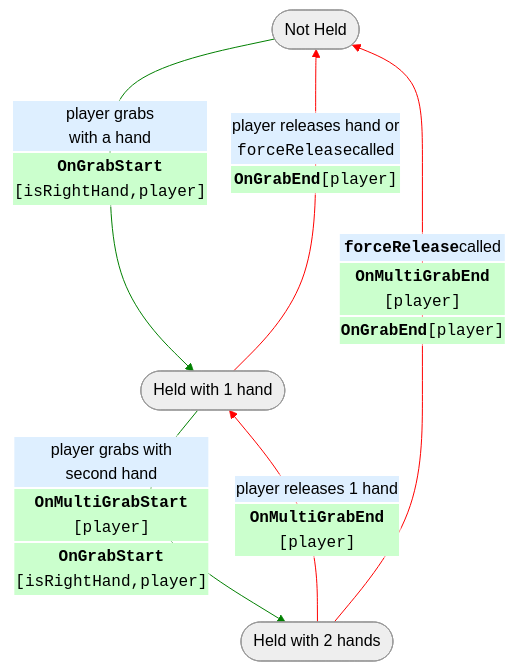
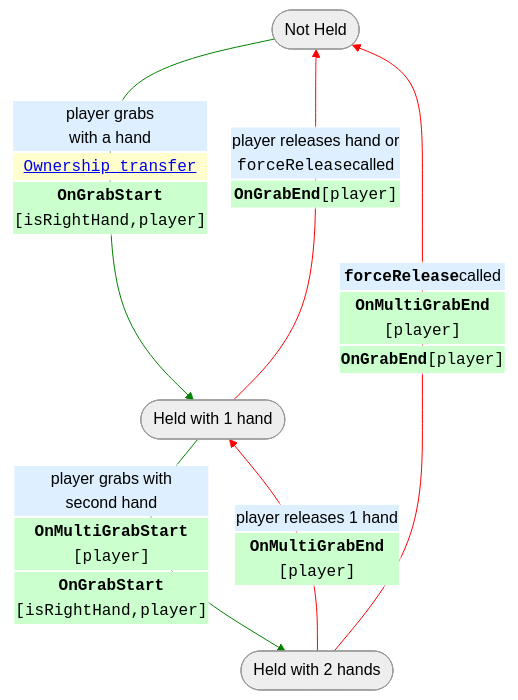
One commit to MHCPCreators/horizonCreatorManual changed the seventh of 8 diagrams in HorizonTechnicalDoc.md. Above: the diagram before and after it, drawn with Mermaid (neutral theme). The commit also changed other lines of this file, not shown here.

````diff
--- a/HorizonTechnicalDoc.md
+++ b/HorizonTechnicalDoc.md
@@ -2237,19 +2254,19 @@
 ```mermaid {align="center"}
 flowchart TD
   hold0([Not Held])
   hold1([Held with 1 hand])
   hold2([Held with 2 hands])
 
-  hold0 -- <table style="margin:0;overflow: visible"><tr><td style="background-color:#deefff">player grabs <br/>with a hand</td></tr><tr><td style="background-color:#cbffcd"><code style="background-color:#0000"><b>OnGrabStart</b><br/>[isRightHand,player]</code></td></tr></table> ---> hold1
+  hold0 -- <table style="margin:0;overflow: visible"><tr><td style="background-color:#deefff">player grabs <br/>with a hand</td></tr><tr><td style="background-color:#ffffcd"><code style="background-color:#0000"><a href="#grabbables-and-ownership">Ownership transfer</a></code></td></tr><tr><td style="background-color:#cbffcd"><code style="background-color:#0000"><b>OnGrabStart</b><br/>[isRightHand,player]</code></td></tr></table> ---> hold1
 
   hold1 -- <table style="margin:0;overflow: visible"><tr><td style="background-color:#deefff">player grabs with<br/>second hand</td></tr><tr><td style="background-color:#cbffcd"><code style="background-color:#0000"><b>OnMultiGrabStart</b><br/>[player]</code></td></tr><tr><td style="background-color:#cbffcd"><code style="background-color:#0000"><b>OnGrabStart</b><br/>[isRightHand,player]</code></td></tr></table> --> hold2
 
   hold2 -- <table style="margin:0;overflow: visible"><tr><td style="background-color:#deefff">player releases 1 hand</td></tr><tr><td style="background-color:#cbffcd"><code style="background-color:#0000"><b>OnMultiGrabEnd</b><br/>[player]</code></td></tr></table> --> hold1
 
    hold1 -- <table style="margin:0;overflow: visible"><tr><td style="background-color:#deefff">player releases hand or<br/><code style="background-color:#0000">forceRelease</code>called</td></tr><tr><td style="background-color:#cbffcd"><code style="background-color:#0000"><b>OnGrabEnd</b>[player]</code></td></tr></table> --> hold0
 
     hold2 -- <table style="margin:0;overflow: visible"><tr><td style="background-color:#deefff"><code style="background-color:#0000"><b>forceRelease</b></code>called</td></tr><tr><td style="background-color:#cbffcd"><code style="background-color:#0000"><b>OnMultiGrabEnd</b><br/>[player]</code></td></tr><tr><td style="background-color:#cbffcd"><code style="background-color:#0000"><b>OnGrabEnd</b>[player]</code></td></tr></table> --> hold0
 
    linkStyle 0,1 stroke:green,stroke-width:1px;
     linkStyle 2,3,4 stroke:red,stroke-width:1px;
 ```
````
